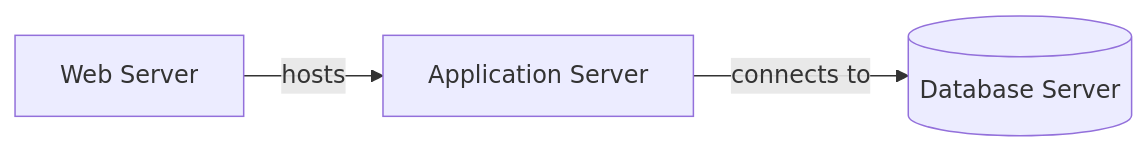
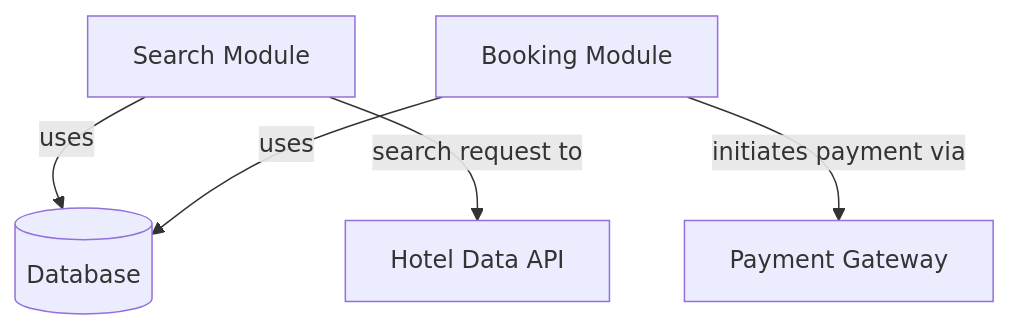
The diagram in test.md (officegeek/minimal-mistakes), drawn with Mermaid before and after one commit.

````diff
--- a/test.md
+++ b/test.md
@@ -1,5 +1,7 @@
 ```mermaid
-graph LR
-    WS[Web Server] -->|hosts| AS[Application Server]
-    AS -->|connects to| DB[(Database Server)]
+graph TD
+    SM[Search Module] -->|uses| DB[(Database)]
+    BM[Booking Module] -->|uses| DB
+    BM -->|initiates payment via| PG[Payment Gateway]
+    SM -->|search request to| HD[Hotel Data API]
 ```
````
